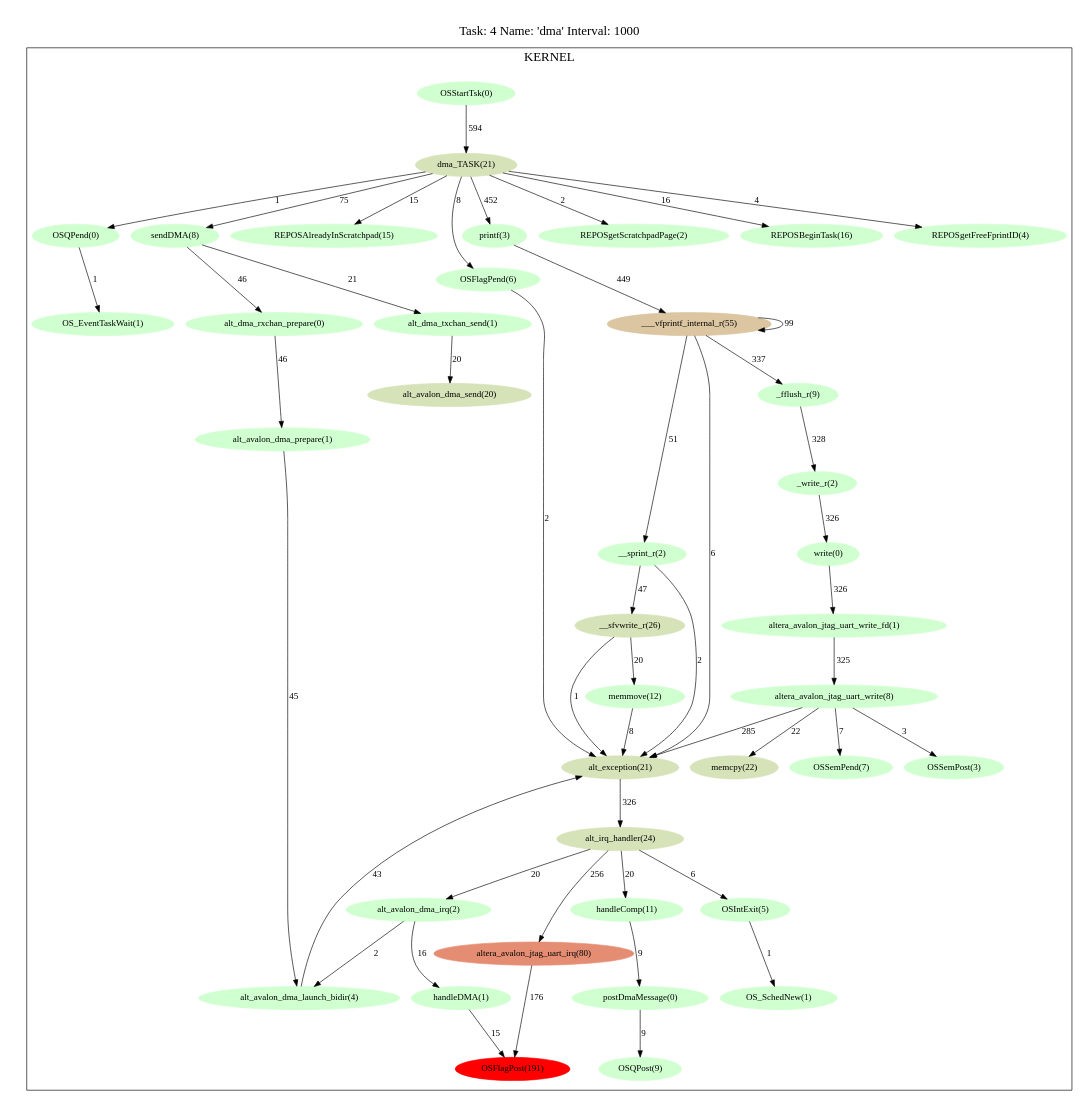
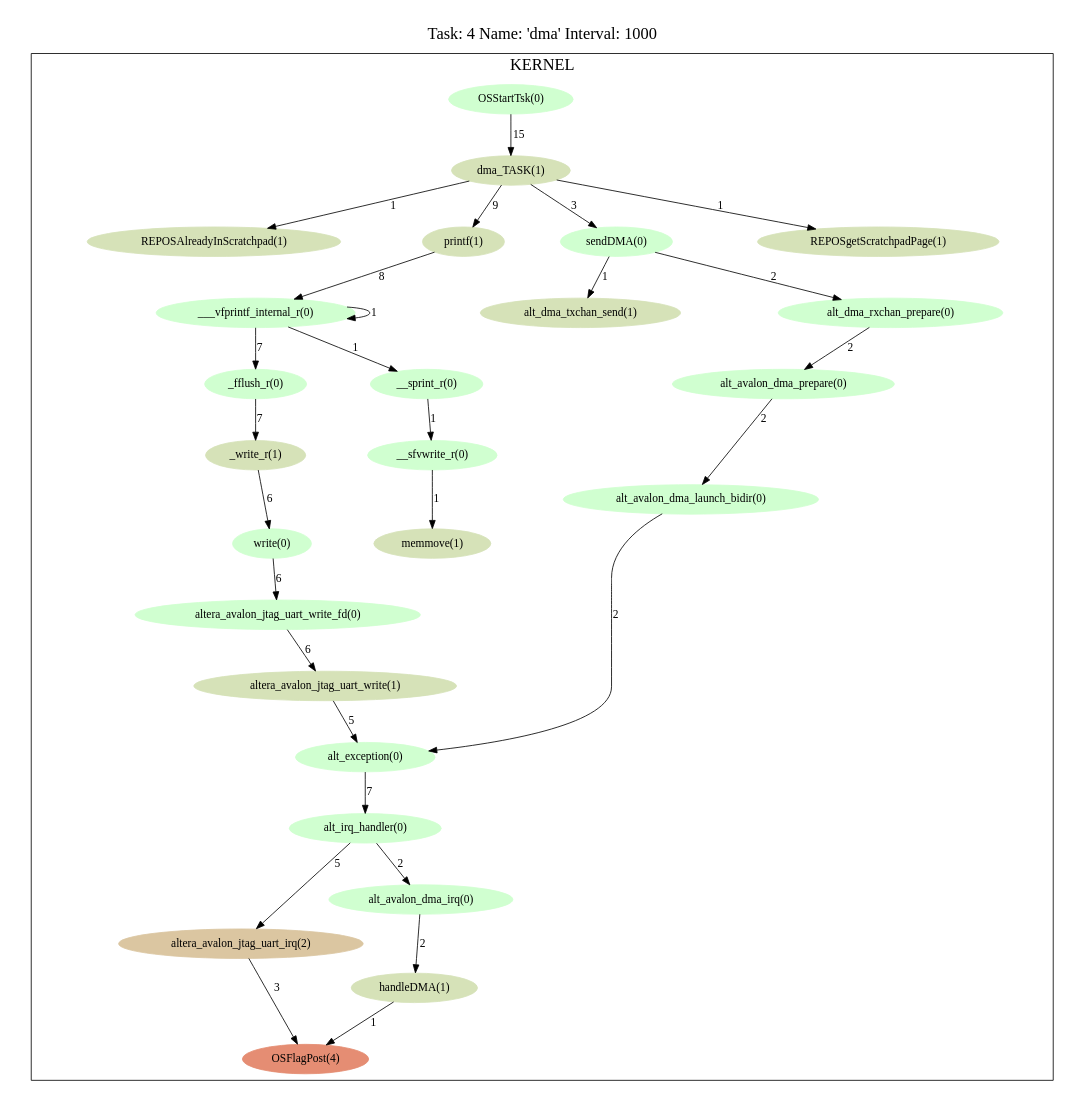
Before and after one commit to jcaplan/fingerprinting: the diagram in ovp_platform/platform_2_tlb/4.dma.cpum.dot, drawn with Graphviz. The commit also changed 60 other files, not shown here.

```diff
--- a/ovp_platform/platform_2_tlb/4.dma.cpum.dot
+++ b/ovp_platform/platform_2_tlb/4.dma.cpum.dot
@@ -1,136 +1,88 @@
 digraph prof {
   size="6,6";
   ratio = fill;
   fontsize = "20";
   node [style=filled];
   labelloc = "t";
   label = "Task: 4 Name: 'dma' Interval: 1000";
   subgraph cluster_kernel {
     label = "KERNEL";
-    "F10" [label = "alt_exception(21)"];
-    "F10" -> "F11" [label = 326];
-    "F11" [label = "alt_irq_handler(24)"];
-    "F11" -> "F12" [label = 256];
-    "F11" -> "F18" [label = 20];
-    "F11" -> "F26" [label = 20];
-    "F11" -> "F31" [label = 6];
-    "F26" [label = "handleComp(11)"];
-    "F26" -> "F28" [label = 9];
-    "F21" [label = "__sfvwrite_r(26)"];
-    "F21" -> "F37" [label = 20];
-    "F21" -> "F10" [label = 1];
-    "F35" [label = "memcpy(22)"];
-    "F37" [label = "memmove(12)"];
-    "F37" -> "F10" [label = 8];
-    "F5" [label = "_fflush_r(9)"];
-    "F5" -> "F6" [label = 328];
-    "F6" [label = "_write_r(2)"];
-    "F6" -> "F7" [label = 326];
+    "F10" [label = "alt_exception(0)"];
+    "F10" -> "F11" [label = 7];
+    "F11" [label = "alt_irq_handler(0)"];
+    "F11" -> "F12" [label = 5];
+    "F11" -> "F18" [label = 2];
+    "F21" [label = "__sfvwrite_r(0)"];
+    "F21" -> "F22" [label = 1];
+    "F22" [label = "memmove(1)"];
+    "F5" [label = "_fflush_r(0)"];
+    "F5" -> "F6" [label = 7];
+    "F6" [label = "_write_r(1)"];
+    "F6" -> "F7" [label = 6];
     "F7" [label = "write(0)"];
-    "F7" -> "F8" [label = 326];
-    "F31" [label = "OSIntExit(5)"];
-    "F31" -> "F32" [label = 1];
-    "F34" [label = "OS_EventTaskWait(1)"];
-    "F32" [label = "OS_SchedNew(1)"];
-    "F25" [label = "OSFlagPend(6)"];
-    "F25" -> "F10" [label = 2];
-    "F13" [label = "OSFlagPost(191)"];
-    "F33" [label = "OSQPend(0)"];
-    "F33" -> "F34" [label = 1];
-    "F29" [label = "OSQPost(9)"];
-    "F30" [label = "OSSemPend(7)"];
-    "F38" [label = "OSSemPost(3)"];
-    "F17" [label = "alt_avalon_dma_launch_bidir(4)"];
-    "F17" -> "F10" [label = 43];
-    "F16" [label = "alt_avalon_dma_prepare(1)"];
-    "F16" -> "F17" [label = 45];
-    "F24" [label = "alt_avalon_dma_send(20)"];
-    "F18" [label = "alt_avalon_dma_irq(2)"];
-    "F18" -> "F19" [label = 16];
-    "F18" -> "F17" [label = 2];
-    "F8" [label = "altera_avalon_jtag_uart_write_fd(1)"];
-    "F8" -> "F9" [label = 325];
-    "F12" [label = "altera_avalon_jtag_uart_irq(80)"];
-    "F12" -> "F13" [label = 176];
-    "F9" [label = "altera_avalon_jtag_uart_write(8)"];
-    "F9" -> "F10" [label = 285];
-    "F9" -> "F30" [label = 7];
-    "F9" -> "F35" [label = 22];
-    "F9" -> "F38" [label = 3];
-    "F23" [label = "alt_dma_txchan_send(1)"];
-    "F23" -> "F24" [label = 20];
+    "F7" -> "F8" [label = 6];
+    "F13" [label = "OSFlagPost(4)"];
+    "F17" [label = "alt_avalon_dma_launch_bidir(0)"];
+    "F17" -> "F10" [label = 2];
+    "F16" [label = "alt_avalon_dma_prepare(0)"];
+    "F16" -> "F17" [label = 2];
+    "F18" [label = "alt_avalon_dma_irq(0)"];
+    "F18" -> "F19" [label = 2];
+    "F8" [label = "altera_avalon_jtag_uart_write_fd(0)"];
+    "F8" -> "F9" [label = 6];
+    "F12" [label = "altera_avalon_jtag_uart_irq(2)"];
+    "F12" -> "F13" [label = 3];
+    "F9" [label = "altera_avalon_jtag_uart_write(1)"];
+    "F9" -> "F10" [label = 5];
+    "F24" [label = "alt_dma_txchan_send(1)"];
     "F15" [label = "alt_dma_rxchan_prepare(0)"];
-    "F15" -> "F16" [label = 46];
-    "F28" [label = "postDmaMessage(0)"];
-    "F28" -> "F29" [label = 9];
-    "F1" [label = "dma_TASK(21)"];
-    "F1" -> "F2" [label = 15];
-    "F1" -> "F3" [label = 452];
-    "F1" -> "F14" [label = 75];
-    "F1" -> "F22" [label = 2];
-    "F1" -> "F25" [label = 8];
-    "F1" -> "F27" [label = 16];
-    "F1" -> "F33" [label = 1];
-    "F1" -> "F36" [label = 4];
+    "F15" -> "F16" [label = 2];
+    "F1" [label = "dma_TASK(1)"];
+    "F1" -> "F2" [label = 1];
+    "F1" -> "F3" [label = 9];
+    "F1" -> "F14" [label = 3];
+    "F1" -> "F23" [label = 1];
     "F19" [label = "handleDMA(1)"];
-    "F19" -> "F13" [label = 15];
-    "F14" [label = "sendDMA(8)"];
-    "F14" -> "F15" [label = 46];
-    "F14" -> "F23" [label = 21];
-    "F22" [label = "REPOSgetScratchpadPage(2)"];
-    "F2" [label = "REPOSAlreadyInScratchpad(15)"];
-    "F36" [label = "REPOSgetFreeFprintID(4)"];
-    "F27" [label = "REPOSBeginTask(16)"];
+    "F19" -> "F13" [label = 1];
+    "F14" [label = "sendDMA(0)"];
+    "F14" -> "F15" [label = 2];
+    "F14" -> "F24" [label = 1];
+    "F23" [label = "REPOSgetScratchpadPage(1)"];
+    "F2" [label = "REPOSAlreadyInScratchpad(1)"];
     "F0" [label = "OSStartTsk(0)"];
-    "F0" -> "F1" [label = 594];
-    "F3" [label = "printf(3)"];
-    "F3" -> "F4" [label = 449];
-    "F20" [label = "__sprint_r(2)"];
-    "F20" -> "F21" [label = 47];
-    "F20" -> "F10" [label = 2];
-    "F4" [label = "___vfprintf_internal_r(55)"];
-    "F4" -> "F5" [label = 337];
-    "F4" -> "F4" [label = 99];
-    "F4" -> "F20" [label = 51];
-    "F4" -> "F10" [label = 6];
-    "F10" [color="#d6e2b8"];
-    "F11" [color="#d6e2b8"];
-    "F26" [color="#d0ffd0"];
-    "F21" [color="#d6e2b8"];
-    "F35" [color="#d6e2b8"];
-    "F37" [color="#d0ffd0"];
+    "F0" -> "F1" [label = 15];
+    "F3" [label = "printf(1)"];
+    "F3" -> "F4" [label = 8];
+    "F20" [label = "__sprint_r(0)"];
+    "F20" -> "F21" [label = 1];
+    "F4" [label = "___vfprintf_internal_r(0)"];
+    "F4" -> "F5" [label = 7];
+    "F4" -> "F4" [label = 1];
+    "F4" -> "F20" [label = 1];
+    "F10" [color="#d0ffd0"];
+    "F11" [color="#d0ffd0"];
+    "F21" [color="#d0ffd0"];
+    "F22" [color="#d6e2b8"];
     "F5" [color="#d0ffd0"];
-    "F6" [color="#d0ffd0"];
+    "F6" [color="#d6e2b8"];
     "F7" [color="#d0ffd0"];
-    "F31" [color="#d0ffd0"];
-    "F34" [color="#d0ffd0"];
-    "F32" [color="#d0ffd0"];
-    "F25" [color="#d0ffd0"];
-    "F13" [color="#ff0000"];
-    "F33" [color="#d0ffd0"];
-    "F29" [color="#d0ffd0"];
-    "F30" [color="#d0ffd0"];
-    "F38" [color="#d0ffd0"];
+    "F13" [color="#e58d73"];
     "F17" [color="#d0ffd0"];
     "F16" [color="#d0ffd0"];
-    "F24" [color="#d6e2b8"];
     "F18" [color="#d0ffd0"];
     "F8" [color="#d0ffd0"];
-    "F12" [color="#e58d73"];
-    "F9" [color="#d0ffd0"];
-    "F23" [color="#d0ffd0"];
+    "F12" [color="#dbc6a1"];
+    "F9" [color="#d6e2b8"];
+    "F24" [color="#d6e2b8"];
     "F15" [color="#d0ffd0"];
-    "F28" [color="#d0ffd0"];
     "F1" [color="#d6e2b8"];
-    "F19" [color="#d0ffd0"];
+    "F19" [color="#d6e2b8"];
     "F14" [color="#d0ffd0"];
-    "F22" [color="#d0ffd0"];
-    "F2" [color="#d0ffd0"];
-    "F36" [color="#d0ffd0"];
-    "F27" [color="#d0ffd0"];
+    "F23" [color="#d6e2b8"];
+    "F2" [color="#d6e2b8"];
     "F0" [color="#d0ffd0"];
-    "F3" [color="#d0ffd0"];
+    "F3" [color="#d6e2b8"];
     "F20" [color="#d0ffd0"];
-    "F4" [color="#dbc6a1"];
+    "F4" [color="#d0ffd0"];
   }
 }
```
